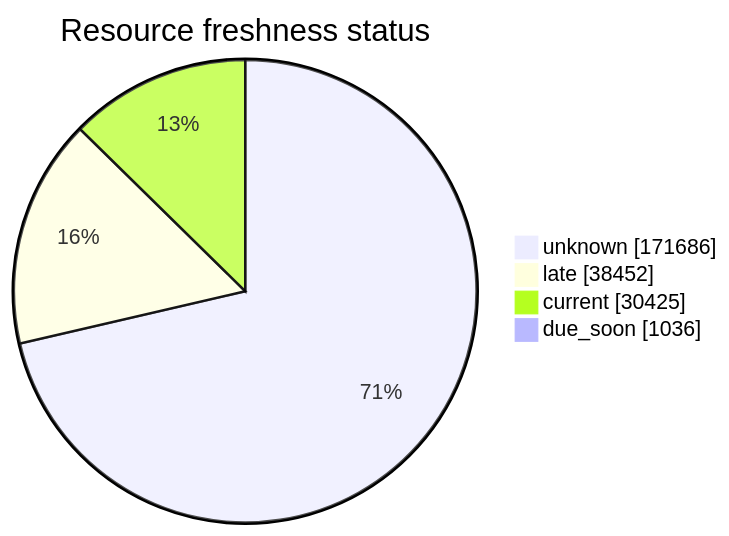
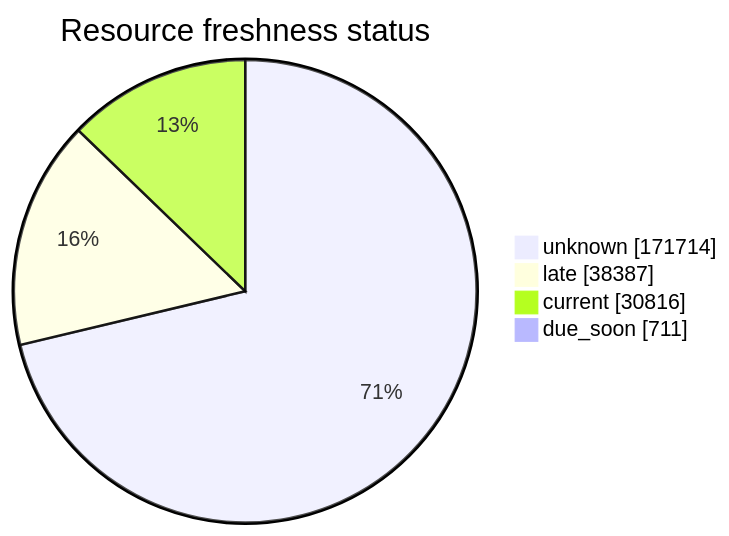
Before and after one commit to open-data/analytics-corporate-reporting: the third of 5 diagrams in FreshCheck/README.md, drawn with Mermaid. The commit also changed other lines of this file and 3 other files, not shown here.

````diff
--- a/FreshCheck/README.md
+++ b/FreshCheck/README.md
@@ -77,7 +77,7 @@
 ```mermaid
 pie showData title Resource freshness status
-    "unknown": 171686
-    "late": 38452
-    "current": 30425
-    "due_soon": 1036
+    "unknown": 171714
+    "late": 38387
+    "current": 30816
+    "due_soon": 711
 ```
````
